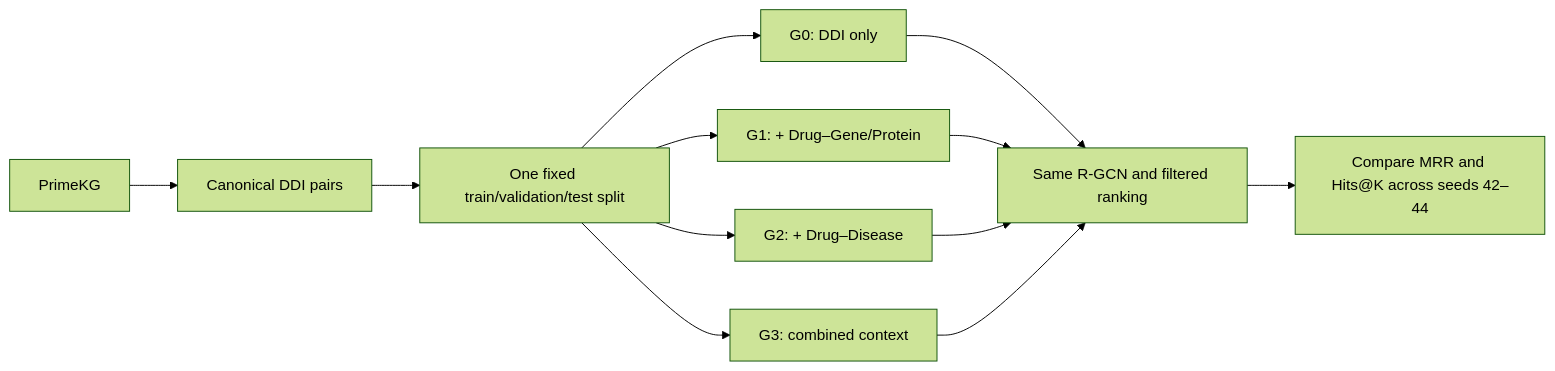
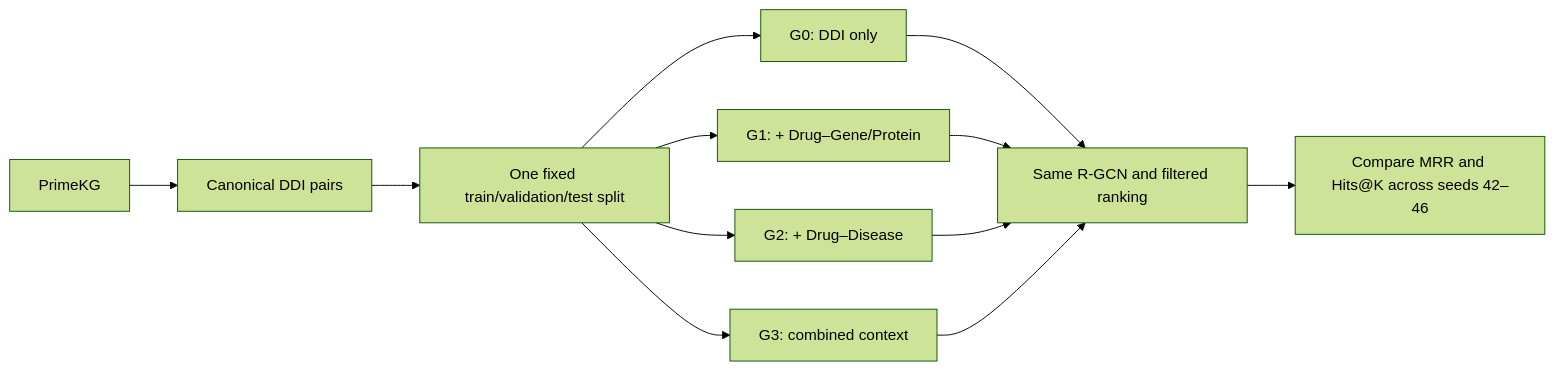
The first of 2 diagrams in README.md (Tuvshinjargal03/CHEERS-PrimeKG-RGCN-DDI-Prediction_draft1), drawn with Mermaid (forest theme) before and after one commit. The commit also changed other lines of this file and 2 other files, not shown here.

````diff
--- a/README.md
+++ b/README.md
@@ -107,14 +109,14 @@
 ```mermaid
 flowchart LR
     A[PrimeKG] --> B[Canonical DDI pairs]
     B --> C[One fixed train/validation/test split]
     C --> G0[G0: DDI only]
     C --> G1[G1: + Drug–Gene/Protein]
     C --> G2[G2: + Drug–Disease]
     C --> G3[G3: combined context]
     G0 --> R[Same R-GCN and filtered ranking]
     G1 --> R
     G2 --> R
     G3 --> R
-    R --> M[Compare MRR and Hits@K across seeds 42–44]
+    R --> M[Compare MRR and Hits@K across seeds 42–46]
 ```
````
